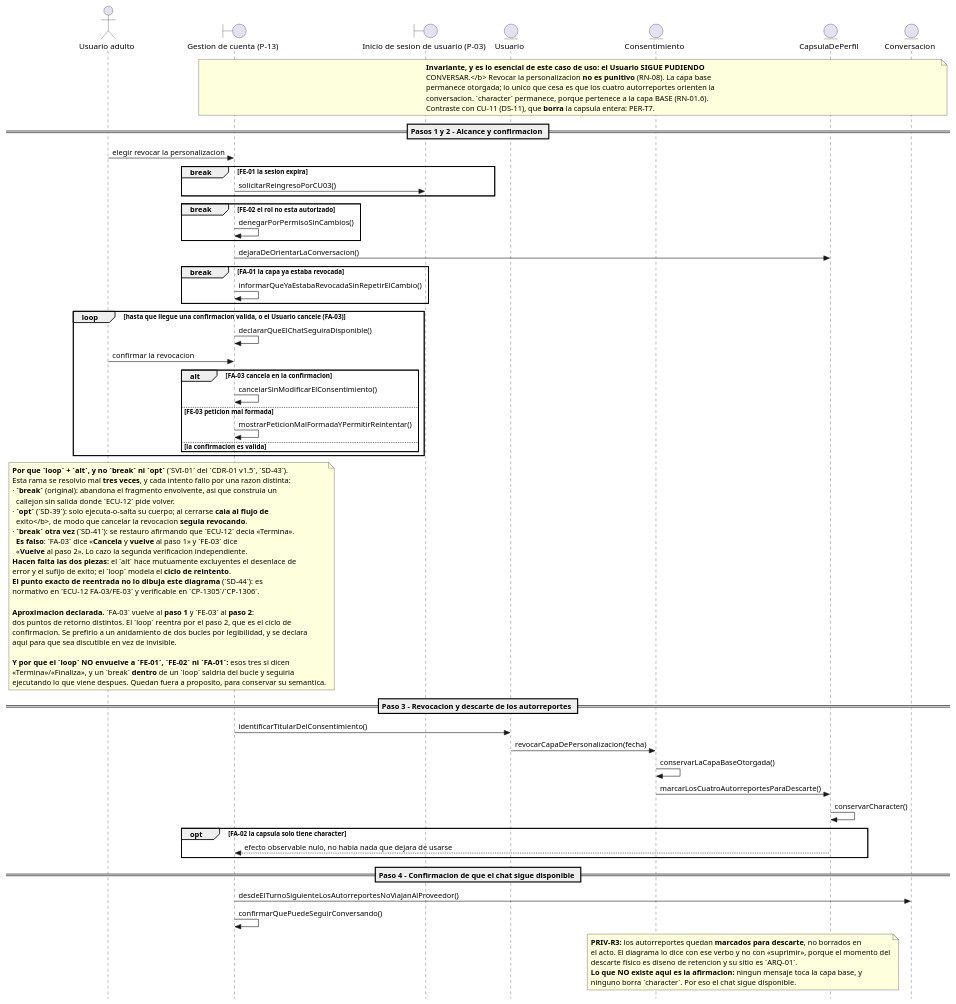
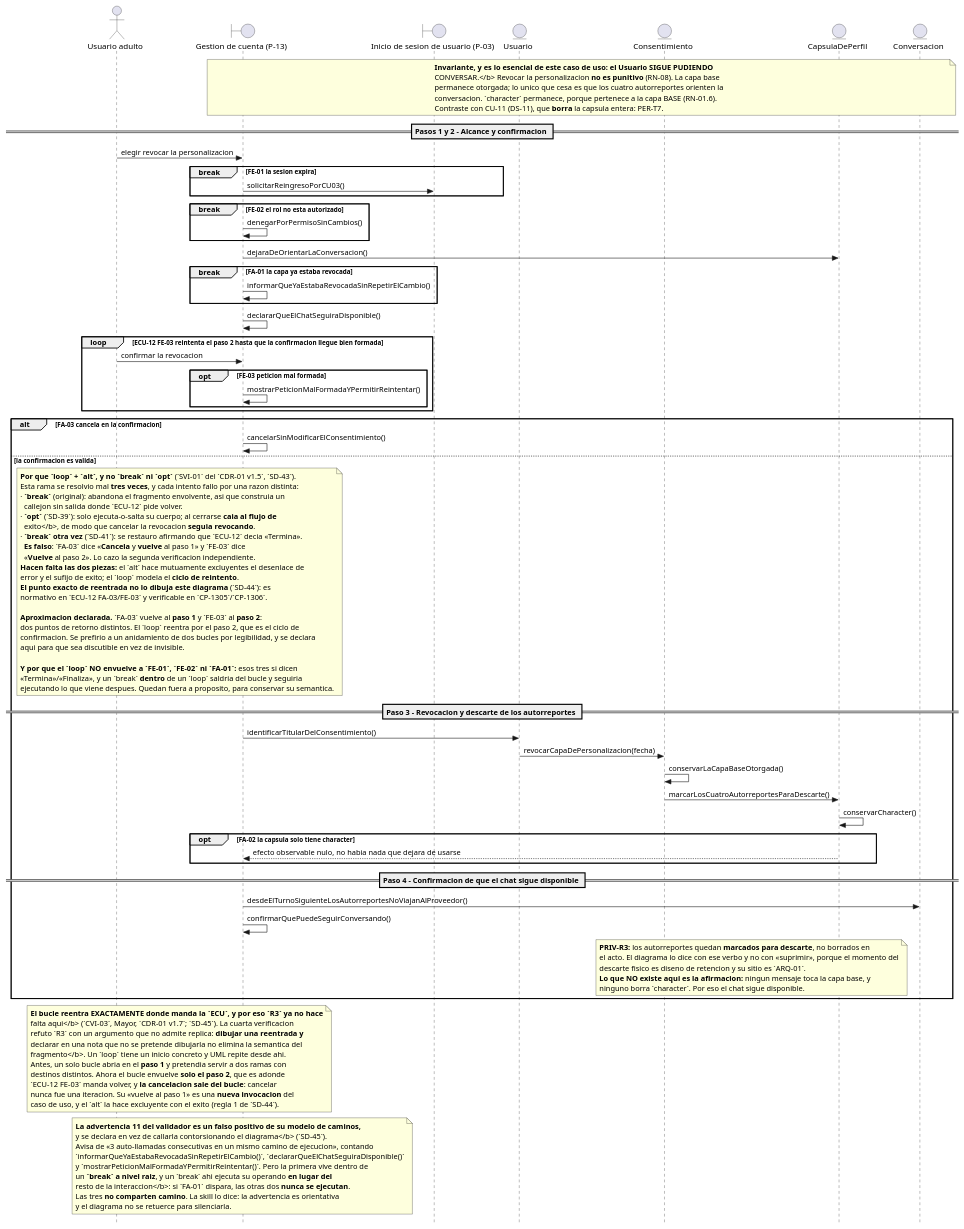
One commit to jonatan8254/alan-aura-academico changed the diagram in docs/07_casos_uso/secuencia/puml/DS-12_secuencia_revocar_la_personalizacion.puml. Above: the diagram before and after it, drawn with PlantUML. The commit also changed 39 other files, not shown here.

```diff
--- a/docs/07_casos_uso/secuencia/puml/DS-12_secuencia_revocar_la_personalizacion.puml
+++ b/docs/07_casos_uso/secuencia/puml/DS-12_secuencia_revocar_la_personalizacion.puml
@@ -1,134 +1,167 @@
 @startuml
 ' DS-12 - Secuencia de CU-12 «Revocar la personalizacion»
+' v1.5 (CVI-03 del CDR-01 v1.7, SD-45): CVI-03: el `loop` se acota al paso 2 —adonde manda `ECU-12 FE-03`— y `FA-03` sale a un `alt`. Se declara la advertencia 11 como falso positivo del modelo de caminos.
+'       R3 ya no hace falta aqui: el bucle reentra donde manda la ECU. La cuarta
+'       verificacion la refuto — dibujar una reentrada y declarar en nota que no se
+'       pretende dibujarla NO elimina la semantica del fragmento.
 ' v1.4 (TVI-01/03/04 del CDR-01 v1.6, SD-44): R3: la nota deja de decir que el loop realiza el retorno; la guarda nombra FA-03.
 '       CONVENCION SD-44 — R1: el sufijo de exito vive DENTRO de su operando.
 '       R2: un break dentro de un loop solo vale si lo que sigue al bucle es
 '       limpieza comun. R3: el punto de reentrada es normativo en la ECU y
 '       verificable en el CP; el diagrama NO lo dibuja. R4: la guarda nombra
 '       todas las salidas del bucle. Lo comprueba barrido_desenlaces.py.
 ' v1.3 (SVI-01 del CDR-01 v1.5, SD-43): FA-03 y FE-03 a `alt` dentro de un `loop` (ECU-12: «Cancela y vuelve» y «Vuelve al paso 2»).
 '       Tercer intento sobre la misma rama, y el primero que lee el DESENLACE de la
 '       ECU en vez de la categoria del flujo. `break` abandonaba; `opt` caia al exito;
 '       `break` otra vez (SD-41) se restauro alegando que la ECU decia «Termina», lo
 '       cual es FALSO. Y `loop` + `alt` (SD-43) tampoco bastaba: la TERCERA verificacion
 '       (TVI-01/02, CDR-01 v1.6) mostro que el operando de exito quedaba VACIO y la
 '       continuacion FUERA del alt, asi que el sufijo de exito se ejecutaba igual.
 '       SD-44 fija la convencion: el sufijo de exito vive DENTRO de su operando, y el
 '       punto exacto de reentrada es normativo en la ECU y verificable en el CP — el
 '       diagrama NO pretende dibujarlo. Los break legitimos quedan fuera del loop; dentro
 '       saldrian del
 '       bucle y seguirian ejecutando, en vez de terminar.
 ' v1.2 (VI-01 del CDR-01 v1.4, SD-41): FA-03 y FE-03 vuelven de opt a BREAK.
 '       Criterio: estan a profundidad 0 —el fragmento envolvente es la interaccion
 '       entera— y su fila de ECU declara que el remanente NO se ejecuta. En UML 2.5
 '       `break` ejecuta su operando EN LUGAR DEL RESTO: es esa semantica exacta.
 '       `opt` solo saltaba su cuerpo y el flujo caia al exito.
 '       Consecuencia declarada: para estos casos el `break` ORIGINAL era correcto y
 '       esa parte de H-01 fue un falso positivo. Ver DS-00 §12.
 ' v1.1 (CDR-01, H-01): FA-03 y FE-03 pasan de break a opt — su texto declara «Vuelve».
 ' v1.0 (fase de diseno detallado, ICONIX paso 6)
 ' Insumos: DR-12 v2.0 (9 controladores), ECU-12 v2.0, MD-01 v1.4, DCU-01 v2.1,
 '          DIS-00 (P-13; destino P-03), PRIV-01 (PRIV-R3), PER-01 v1.2 (PER-T7).
 ' Capa de infraestructura: NO EJECUTADA por decision declarada (E-1 de DS-00).
 
 skinparam style strictuml
 skinparam shadowing false
 skinparam responseMessageBelowArrow true
 
 actor "Usuario adulto" as ACT_Usuario
 boundary "Gestion de cuenta (P-13)" as B_PaginaGestionCuenta
 boundary "Inicio de sesion de usuario (P-03)" as B_PaginaInicioSesion
 entity "Usuario" as E_Usuario
 entity "Consentimiento" as E_Consentimiento
 entity "CapsulaDePerfil" as E_CapsulaDePerfil
 entity "Conversacion" as E_Conversacion
 
 note over B_PaginaGestionCuenta, E_Conversacion
   <b>Invariante, y es lo esencial de este caso de uso: el Usuario SIGUE PUDIENDO
   CONVERSAR.</b> Revocar la personalizacion <b>no es punitivo</b> (RN-08). La capa base
   permanece otorgada; lo unico que cesa es que los cuatro autorreportes orienten la
   conversacion. `character` permanece, porque pertenece a la capa BASE (RN-01.6).
   Contraste con CU-11 (DS-11), que <b>borra</b> la capsula entera: PER-T7.
 end note
 
 == Pasos 1 y 2 - Alcance y confirmacion ==
 
 ACT_Usuario -> B_PaginaGestionCuenta : elegir revocar la personalizacion
 
 break FE-01 la sesion expira
   B_PaginaGestionCuenta -> B_PaginaInicioSesion : solicitarReingresoPorCU03()
 end
 
 break FE-02 el rol no esta autorizado
   B_PaginaGestionCuenta -> B_PaginaGestionCuenta : denegarPorPermisoSinCambios()
 end
 
 B_PaginaGestionCuenta -> E_CapsulaDePerfil : dejaraDeOrientarLaConversacion()
 
 break FA-01 la capa ya estaba revocada
   B_PaginaGestionCuenta -> B_PaginaGestionCuenta : informarQueYaEstabaRevocadaSinRepetirElCambio()
 end
 
-loop hasta que llegue una confirmacion valida, o el Usuario cancele (FA-03)
-  B_PaginaGestionCuenta -> B_PaginaGestionCuenta : declararQueElChatSeguiraDisponible()
+B_PaginaGestionCuenta -> B_PaginaGestionCuenta : declararQueElChatSeguiraDisponible()
+
+loop ECU-12 FE-03 reintenta el paso 2 hasta que la confirmacion llegue bien formada
   ACT_Usuario -> B_PaginaGestionCuenta : confirmar la revocacion
 
-  alt FA-03 cancela en la confirmacion
-    B_PaginaGestionCuenta -> B_PaginaGestionCuenta : cancelarSinModificarElConsentimiento()
-  else FE-03 peticion mal formada
+  opt FE-03 peticion mal formada
     B_PaginaGestionCuenta -> B_PaginaGestionCuenta : mostrarPeticionMalFormadaYPermitirReintentar()
-  else la confirmacion es valida
   end
 end
 
+alt FA-03 cancela en la confirmacion
+  B_PaginaGestionCuenta -> B_PaginaGestionCuenta : cancelarSinModificarElConsentimiento()
+else la confirmacion es valida
+
+  note over ACT_Usuario, B_PaginaGestionCuenta
+    <b>Por que `loop` + `alt`, y no `break` ni `opt`</b> (`SVI-01` del `CDR-01 v1.5`, `SD-43`).
+    Esta rama se resolvio mal <b>tres veces</b>, y cada intento fallo por una razon distinta:
+    · <b>`break`</b> (original): abandona el fragmento envolvente, asi que construia un
+      callejon sin salida donde `ECU-12` pide volver.
+    · <b>`opt`</b> (`SD-39`): solo ejecuta-o-salta su cuerpo; al cerrarse <b>caia al flujo de
+      exito</b>, de modo que cancelar la revocacion <b>seguia revocando</b>.
+    · <b>`break` otra vez</b> (`SD-41`): se restauro afirmando que `ECU-12` decia «Termina».
+      <b>Es falso</b>: `FA-03` dice «<b>Cancela</b> y <b>vuelve</b> al paso 1» y `FE-03` dice
+      «<b>Vuelve</b> al paso 2». Lo cazo la segunda verificacion independiente.
+    <b>Hacen falta las dos piezas:</b> el `alt` hace mutuamente excluyentes el desenlace de
+    error y el sufijo de exito; el `loop` modela el <b>ciclo de reintento</b>.
+    <b>El punto exacto de reentrada no lo dibuja este diagrama</b> (`SD-44`): es
+    normativo en `ECU-12 FA-03/FE-03` y verificable en `CP-1305`/`CP-1306`.
+
+    <b>Aproximacion declarada.</b> `FA-03` vuelve al <b>paso 1</b> y `FE-03` al <b>paso 2</b>:
+    dos puntos de retorno distintos. El `loop` reentra por el paso 2, que es el ciclo de
+    confirmacion. Se prefirio a un anidamiento de dos bucles por legibilidad, y se declara
+    aqui para que sea discutible en vez de invisible.
+
+    <b>Y por que el `loop` NO envuelve a `FE-01`, `FE-02` ni `FA-01`:</b> esos tres si dicen
+    «Termina»/«Finaliza», y un `break` <b>dentro</b> de un `loop` saldria del bucle y seguiria
+    ejecutando lo que viene despues. Quedan fuera a proposito, para conservar su semantica.
+  end note
+
+  == Paso 3 - Revocacion y descarte de los autorreportes ==
+
+  B_PaginaGestionCuenta -> E_Usuario : identificarTitularDelConsentimiento()
+  E_Usuario -> E_Consentimiento : revocarCapaDePersonalizacion(fecha)
+  E_Consentimiento -> E_Consentimiento : conservarLaCapaBaseOtorgada()
+  E_Consentimiento -> E_CapsulaDePerfil : marcarLosCuatroAutorreportesParaDescarte()
+  E_CapsulaDePerfil -> E_CapsulaDePerfil : conservarCharacter()
+
+  opt FA-02 la capsula solo tiene character
+    E_CapsulaDePerfil --> B_PaginaGestionCuenta : efecto observable nulo, no habia nada que dejara de usarse
+  end
+
+  == Paso 4 - Confirmacion de que el chat sigue disponible ==
+
+  B_PaginaGestionCuenta -> E_Conversacion : desdeElTurnoSiguienteLosAutorreportesNoViajanAlProveedor()
+  B_PaginaGestionCuenta -> B_PaginaGestionCuenta : confirmarQuePuedeSeguirConversando()
+
+  note over E_Consentimiento, E_CapsulaDePerfil
+    <b>PRIV-R3:</b> los autorreportes quedan <b>marcados para descarte</b>, no borrados en
+    el acto. El diagrama lo dice con ese verbo y no con «suprimir», porque el momento del
+    descarte fisico es diseno de retencion y su sitio es `ARQ-01`.
+    <b>Lo que NO existe aqui es la afirmacion:</b> ningun mensaje toca la capa base, y
+    ninguno borra `character`. Por eso el chat sigue disponible.
+  end note
+
+end
+
 note over ACT_Usuario, B_PaginaGestionCuenta
-  <b>Por que `loop` + `alt`, y no `break` ni `opt`</b> (`SVI-01` del `CDR-01 v1.5`, `SD-43`).
-  Esta rama se resolvio mal <b>tres veces</b>, y cada intento fallo por una razon distinta:
-  · <b>`break`</b> (original): abandona el fragmento envolvente, asi que construia un
-    callejon sin salida donde `ECU-12` pide volver.
-  · <b>`opt`</b> (`SD-39`): solo ejecuta-o-salta su cuerpo; al cerrarse <b>caia al flujo de
-    exito</b>, de modo que cancelar la revocacion <b>seguia revocando</b>.
-  · <b>`break` otra vez</b> (`SD-41`): se restauro afirmando que `ECU-12` decia «Termina».
-    <b>Es falso</b>: `FA-03` dice «<b>Cancela</b> y <b>vuelve</b> al paso 1» y `FE-03` dice
-    «<b>Vuelve</b> al paso 2». Lo cazo la segunda verificacion independiente.
-  <b>Hacen falta las dos piezas:</b> el `alt` hace mutuamente excluyentes el desenlace de
-  error y el sufijo de exito; el `loop` modela el <b>ciclo de reintento</b>.
-  <b>El punto exacto de reentrada no lo dibuja este diagrama</b> (`SD-44`): es
-  normativo en `ECU-12 FA-03/FE-03` y verificable en `CP-1305`/`CP-1306`.
-
-  <b>Aproximacion declarada.</b> `FA-03` vuelve al <b>paso 1</b> y `FE-03` al <b>paso 2</b>:
-  dos puntos de retorno distintos. El `loop` reentra por el paso 2, que es el ciclo de
-  confirmacion. Se prefirio a un anidamiento de dos bucles por legibilidad, y se declara
-  aqui para que sea discutible en vez de invisible.
-
-  <b>Y por que el `loop` NO envuelve a `FE-01`, `FE-02` ni `FA-01`:</b> esos tres si dicen
-  «Termina»/«Finaliza», y un `break` <b>dentro</b> de un `loop` saldria del bucle y seguiria
-  ejecutando lo que viene despues. Quedan fuera a proposito, para conservar su semantica.
+  <b>El bucle reentra EXACTAMENTE donde manda la `ECU`, y por eso `R3` ya no hace
+  falta aqui</b> (`CVI-03`, Mayor, `CDR-01 v1.7`; `SD-45`). La cuarta verificacion
+  refuto `R3` con un argumento que no admite replica: <b>dibujar una reentrada y
+  declarar en una nota que no se pretende dibujarla no elimina la semantica del
+  fragmento</b>. Un `loop` tiene un inicio concreto y UML repite desde ahi.
+  Antes, un solo bucle abria en el <b>paso 1</b> y pretendia servir a dos ramas con
+  destinos distintos. Ahora el bucle envuelve <b>solo el paso 2</b>, que es adonde
+  `ECU-12 FE-03` manda volver, y <b>la cancelacion sale del bucle</b>: cancelar
+  nunca fue una iteracion. Su «vuelve al paso 1» es una <b>nueva invocacion</b> del
+  caso de uso, y el `alt` la hace excluyente con el exito (regla 1 de `SD-44`).
 end note
 
-== Paso 3 - Revocacion y descarte de los autorreportes ==
-
-B_PaginaGestionCuenta -> E_Usuario : identificarTitularDelConsentimiento()
-E_Usuario -> E_Consentimiento : revocarCapaDePersonalizacion(fecha)
-E_Consentimiento -> E_Consentimiento : conservarLaCapaBaseOtorgada()
-E_Consentimiento -> E_CapsulaDePerfil : marcarLosCuatroAutorreportesParaDescarte()
-E_CapsulaDePerfil -> E_CapsulaDePerfil : conservarCharacter()
-
-opt FA-02 la capsula solo tiene character
-  E_CapsulaDePerfil --> B_PaginaGestionCuenta : efecto observable nulo, no habia nada que dejara de usarse
-end
-
-== Paso 4 - Confirmacion de que el chat sigue disponible ==
-
-B_PaginaGestionCuenta -> E_Conversacion : desdeElTurnoSiguienteLosAutorreportesNoViajanAlProveedor()
-B_PaginaGestionCuenta -> B_PaginaGestionCuenta : confirmarQuePuedeSeguirConversando()
-
-note over E_Consentimiento, E_CapsulaDePerfil
-  <b>PRIV-R3:</b> los autorreportes quedan <b>marcados para descarte</b>, no borrados en
-  el acto. El diagrama lo dice con ese verbo y no con «suprimir», porque el momento del
-  descarte fisico es diseno de retencion y su sitio es `ARQ-01`.
-  <b>Lo que NO existe aqui es la afirmacion:</b> ningun mensaje toca la capa base, y
-  ninguno borra `character`. Por eso el chat sigue disponible.
+note over B_PaginaGestionCuenta
+  <b>La advertencia 11 del validador es un falso positivo de su modelo de caminos,
+  y se declara en vez de callarla contorsionando el diagrama</b> (`SD-45`).
+  Avisa de «3 auto-llamadas consecutivas en un mismo camino de ejecucion», contando
+  `informarQueYaEstabaRevocadaSinRepetirElCambio()`, `declararQueElChatSeguiraDisponible()`
+  y `mostrarPeticionMalFormadaYPermitirReintentar()`. Pero la primera vive dentro de
+  un <b>`break` a nivel raiz</b>, y un `break` ahi ejecuta su operando <b>en lugar del
+  resto de la interaccion</b>: si `FA-01` dispara, las otras dos <b>nunca se ejecutan</b>.
+  Las tres <b>no comparten camino</b>. La skill lo dice: la advertencia es orientativa
+  y el diagrama no se retuerce para silenciarla.
 end note
 
 @enduml
```
